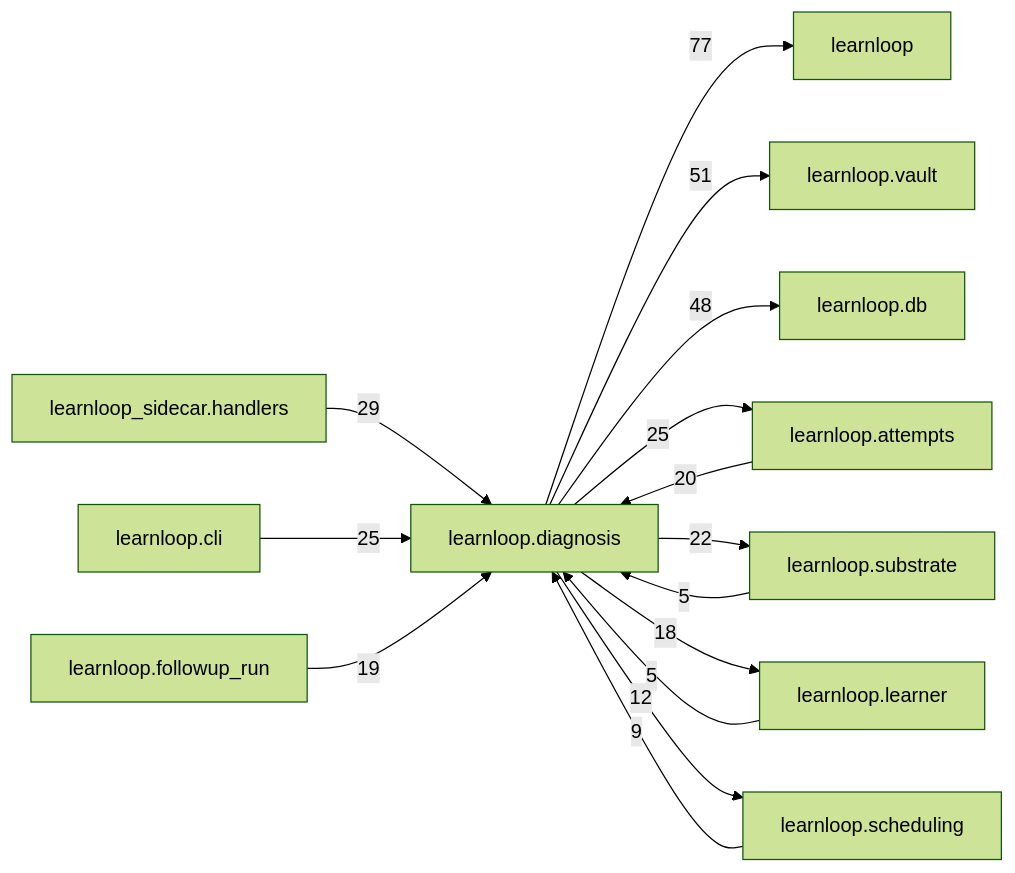
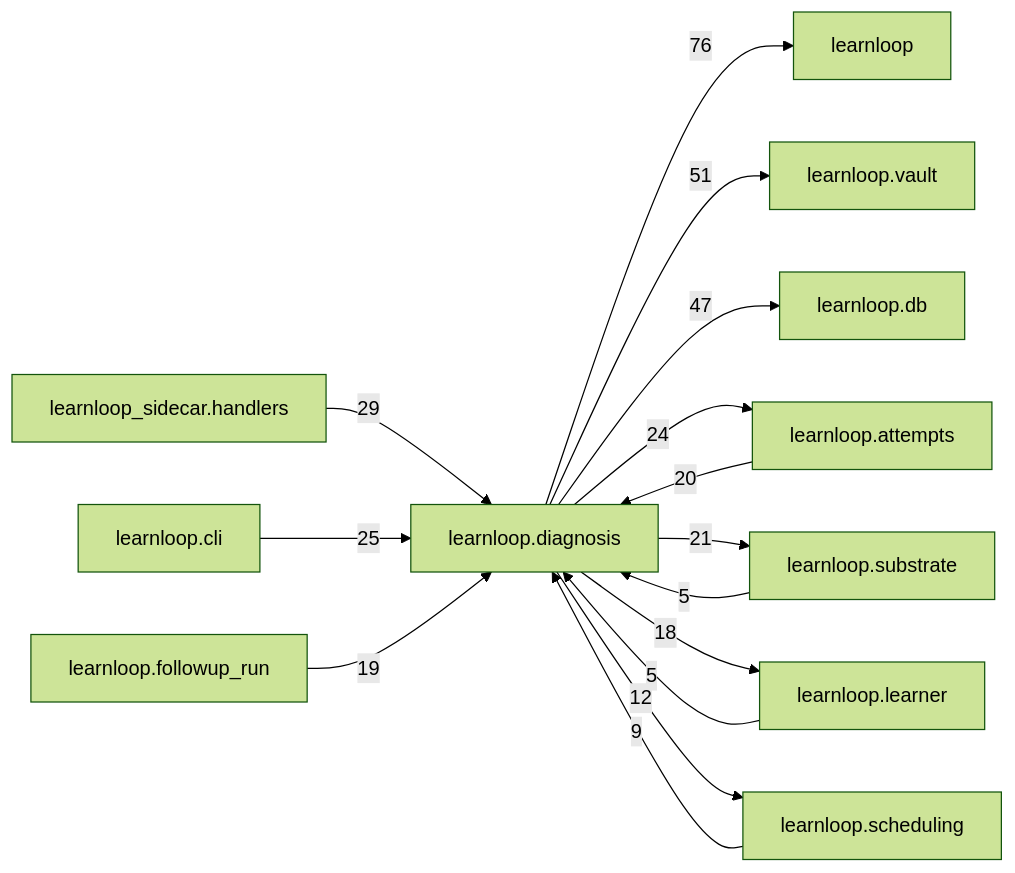
Before and after one commit to 6up-b/learnanything: the diagram in docs/learnloop-architecture-vault/Reference/Modules/learnloop/diagnosis/_package.md, drawn with Mermaid (forest theme). The commit also changed other lines of this file and 52 other files, not shown here.

````diff
--- a/docs/learnloop-architecture-vault/Reference/Modules/learnloop/diagnosis/_package.md
+++ b/docs/learnloop-architecture-vault/Reference/Modules/learnloop/diagnosis/_package.md
@@ -236,28 +234,28 @@
 ```mermaid
 flowchart LR
     center["learnloop.diagnosis"]
     n_learnloop["learnloop"]
     n_learnloop_vault["learnloop.vault"]
     n_learnloop_db["learnloop.db"]
     n_learnloop_attempts["learnloop.attempts"]
     n_learnloop_sidecar_handlers["learnloop_sidecar.handlers"]
     n_learnloop_substrate["learnloop.substrate"]
     n_learnloop_cli["learnloop.cli"]
     n_learnloop_learner["learnloop.learner"]
     n_learnloop_scheduling["learnloop.scheduling"]
     n_learnloop_followup_run["learnloop.followup_run"]
-    center -->|77| n_learnloop
+    center -->|76| n_learnloop
     center -->|51| n_learnloop_vault
-    center -->|48| n_learnloop_db
+    center -->|47| n_learnloop_db
     n_learnloop_attempts -->|20| center
-    center -->|25| n_learnloop_attempts
+    center -->|24| n_learnloop_attempts
     n_learnloop_sidecar_handlers -->|29| center
     n_learnloop_substrate -->|5| center
-    center -->|22| n_learnloop_substrate
+    center -->|21| n_learnloop_substrate
     n_learnloop_cli -->|25| center
     n_learnloop_learner -->|5| center
     center -->|18| n_learnloop_learner
     n_learnloop_scheduling -->|9| center
     center -->|12| n_learnloop_scheduling
     n_learnloop_followup_run -->|19| center
 ```
````
